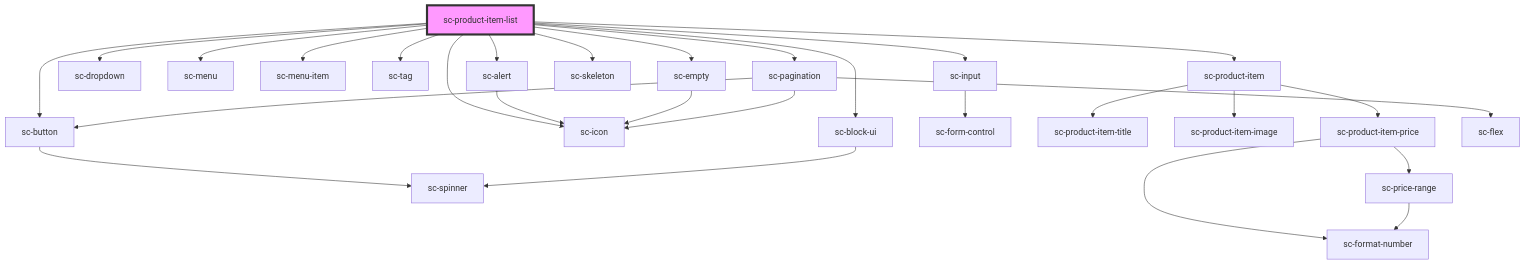
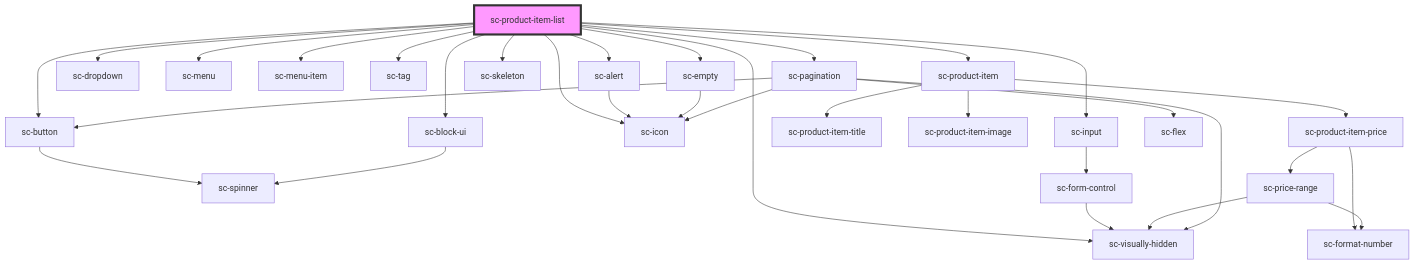
One commit to surecart/surecart-wp-plugin changed the diagram in packages/components/src/components/controllers/products/sc-product-item-list/readme.md. Above: the diagram before and after it, drawn with Mermaid. The commit also changed other lines of this file and 98 other files, not shown here.

````diff
--- a/packages/components/src/components/controllers/products/sc-product-item-list/readme.md
+++ b/packages/components/src/components/controllers/products/sc-product-item-list/readme.md
@@ -54,31 +56,35 @@
 ```mermaid
 graph TD;
   sc-product-item-list --> sc-alert
   sc-product-item-list --> sc-dropdown
   sc-product-item-list --> sc-button
+  sc-product-item-list --> sc-visually-hidden
   sc-product-item-list --> sc-menu
   sc-product-item-list --> sc-menu-item
   sc-product-item-list --> sc-tag
   sc-product-item-list --> sc-input
   sc-product-item-list --> sc-icon
   sc-product-item-list --> sc-empty
   sc-product-item-list --> sc-skeleton
   sc-product-item-list --> sc-product-item
   sc-product-item-list --> sc-pagination
   sc-product-item-list --> sc-block-ui
   sc-alert --> sc-icon
   sc-button --> sc-spinner
   sc-input --> sc-form-control
+  sc-form-control --> sc-visually-hidden
   sc-empty --> sc-icon
   sc-product-item --> sc-product-item-title
   sc-product-item --> sc-product-item-image
   sc-product-item --> sc-product-item-price
   sc-product-item-price --> sc-format-number
   sc-product-item-price --> sc-price-range
   sc-price-range --> sc-format-number
+  sc-price-range --> sc-visually-hidden
   sc-pagination --> sc-flex
   sc-pagination --> sc-button
+  sc-pagination --> sc-visually-hidden
   sc-pagination --> sc-icon
   sc-block-ui --> sc-spinner
   style sc-product-item-list fill:#f9f,stroke:#333,stroke-width:4px
 ```
````
